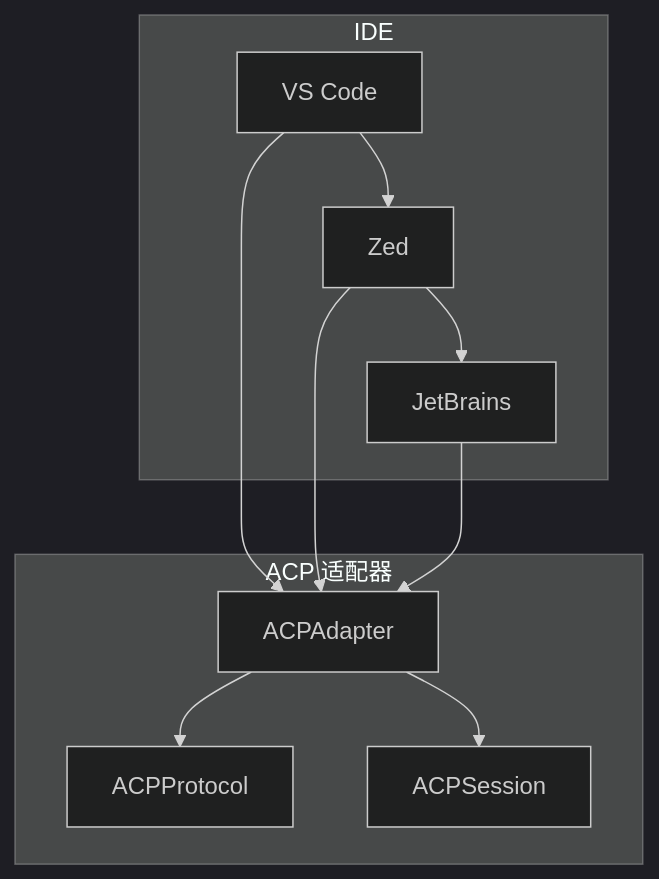
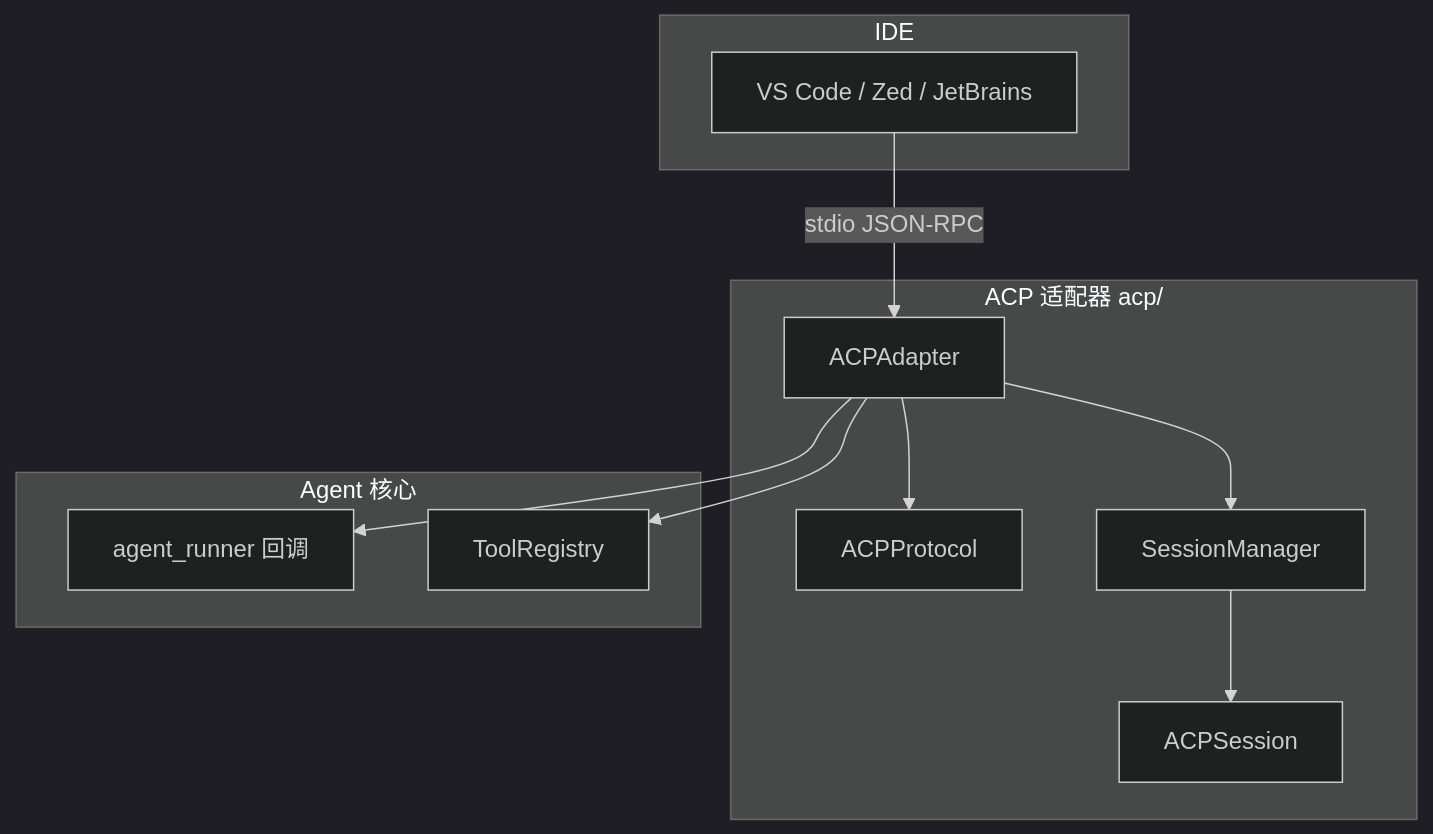
The diagram in docs/modules/acp.md (SimmerChan/ascend_op_agent), drawn with Mermaid (dark theme) before and after one commit. The commit also changed other lines of this file and 20 other files, not shown here.

````diff
--- a/docs/modules/acp.md
+++ b/docs/modules/acp.md
@@ -33,16 +35,25 @@
 ```mermaid
 graph TB
     subgraph IDE["IDE"]
-        A[VS Code] --> B[Zed]
-        B --> C[JetBrains]
+        A[VS Code / Zed / JetBrains]
     end
 
-    subgraph ACP["ACP 适配器"]
-        D[ACPAdapter] --> E[ACPProtocol]
-        D --> F[ACPSession]
+    subgraph ACP["ACP 适配器 acp/"]
+        B[ACPAdapter]
+        C[ACPProtocol]
+        D[SessionManager]
+        E[ACPSession]
     end
 
-    A --> D
+    subgraph Core["Agent 核心"]
+        F[agent_runner 回调]
+        G[ToolRegistry]
+    end
+
+    A -->|stdio JSON-RPC| B
+    B --> C
     B --> D
-    C --> D
+    D --> E
+    B --> F
+    B --> G
 ```
````
